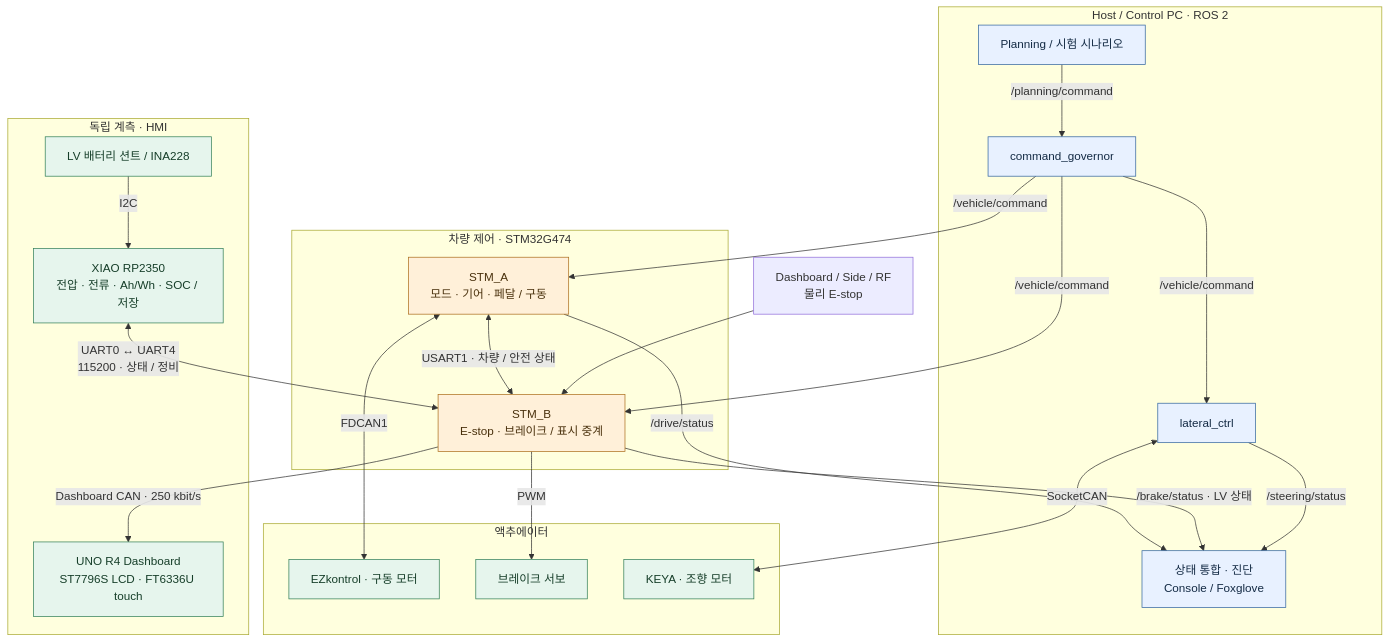
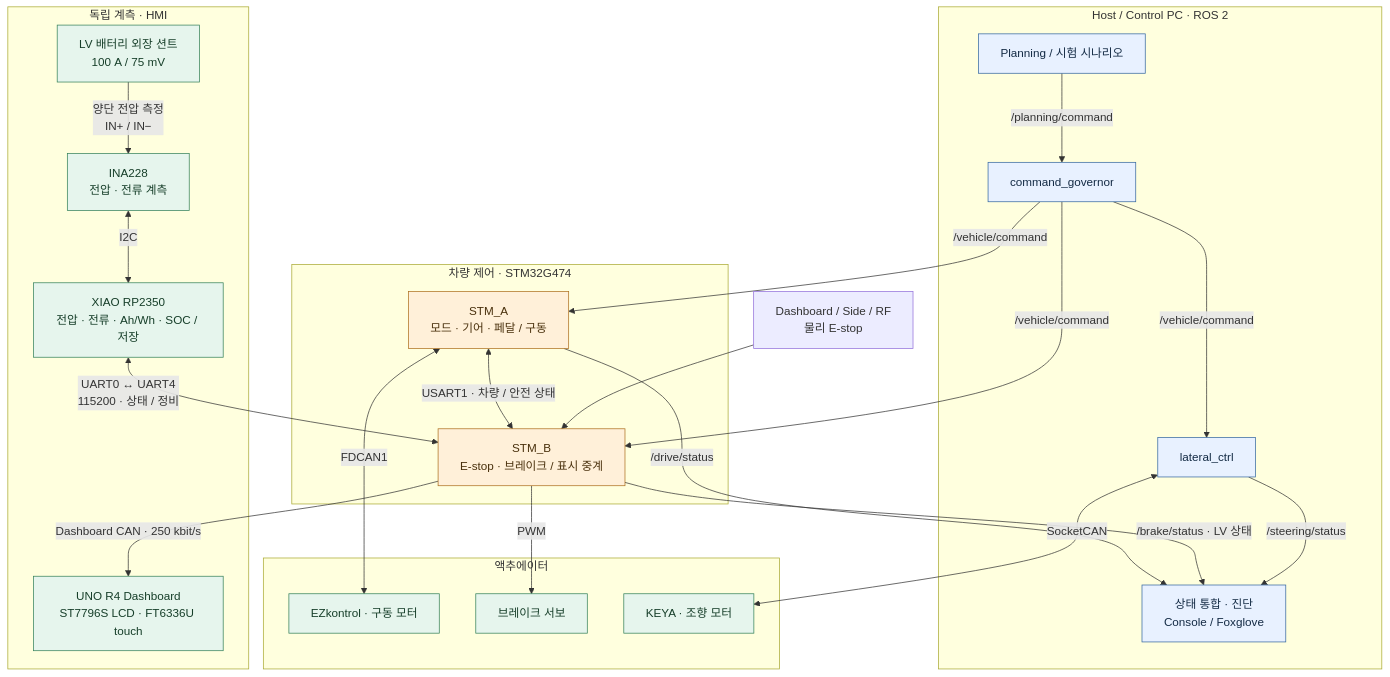
Before and after one commit to shinjuyeop/Control: the first of 3 diagrams in docs/ARCHITECTURE.md, drawn with Mermaid. The commit also changed other lines of this file and 1 other file, not shown here.

Commit message:
docs: distinguish shunt sensing from INA228 I2C link

````diff
--- a/docs/ARCHITECTURE.md
+++ b/docs/ARCHITECTURE.md
@@ -21,49 +21,51 @@
 ```mermaid
 flowchart TB
     subgraph Host["Host / Control PC · ROS 2"]
         Planning["Planning / 시험 시나리오"]
         Governor["command_governor"]
         Steering["lateral_ctrl"]
         Observe["상태 통합 · 진단<br/>Console / Foxglove"]
         Planning -->|"/planning/command"| Governor
         Governor -->|"/vehicle/command"| Steering
     end
 
     subgraph Control["차량 제어 · STM32G474"]
         A["STM_A<br/>모드 · 기어 · 페달 / 구동"]
         B["STM_B<br/>E-stop · 브레이크 / 표시 중계"]
         A <-->|"USART1 · 차량 / 안전 상태"| B
     end
 
     subgraph Outputs["액추에이터"]
         EZ["EZkontrol · 구동 모터"]
         Brake["브레이크 서보"]
         KEYA["KEYA · 조향 모터"]
     end
 
     subgraph Meter["독립 계측 · HMI"]
-        INA["LV 배터리 션트 / INA228"]
+        Shunt["LV 배터리 외장 션트<br/>100 A / 75 mV"]
+        INA["INA228<br/>전압 · 전류 계측"]
         RP["XIAO RP2350<br/>전압 · 전류 · Ah/Wh · SOC / 저장"]
         UNO["UNO R4 Dashboard<br/>ST7796S LCD · FT6336U touch"]
-        INA -->|"I2C"| RP
+        Shunt -->|"양단 전압 측정<br/>IN+ / IN−"| INA
+        INA <-->|"I2C"| RP
     end
 
     EStop["Dashboard / Side / RF<br/>물리 E-stop"] --> B
     Governor -->|"/vehicle/command"| A
     Governor -->|"/vehicle/command"| B
     A <-->|"FDCAN1"| EZ
     B -->|"PWM"| Brake
     Steering <-->|"SocketCAN"| KEYA
     A -->|"/drive/status"| Observe
     B -->|"/brake/status · LV 상태"| Observe
     Steering -->|"/steering/status"| Observe
     RP <-->|"UART0 ↔ UART4<br/>115200 · 상태 / 정비"| B
     B -->|"Dashboard CAN · 250 kbit/s"| UNO
 
     classDef host fill:#e8f1ff,stroke:#3567a0,color:#142b45
     classDef controller fill:#fff0d9,stroke:#ad7020,color:#49300c
     classDef peripheral fill:#e6f5ed,stroke:#35815a,color:#163e29
     class Planning,Governor,Steering,Observe host
     class A,B controller
-    class INA,RP,UNO,EZ,Brake,KEYA peripheral
+    class Shunt,INA,RP,UNO,EZ,Brake,KEYA peripheral
 ```
````
